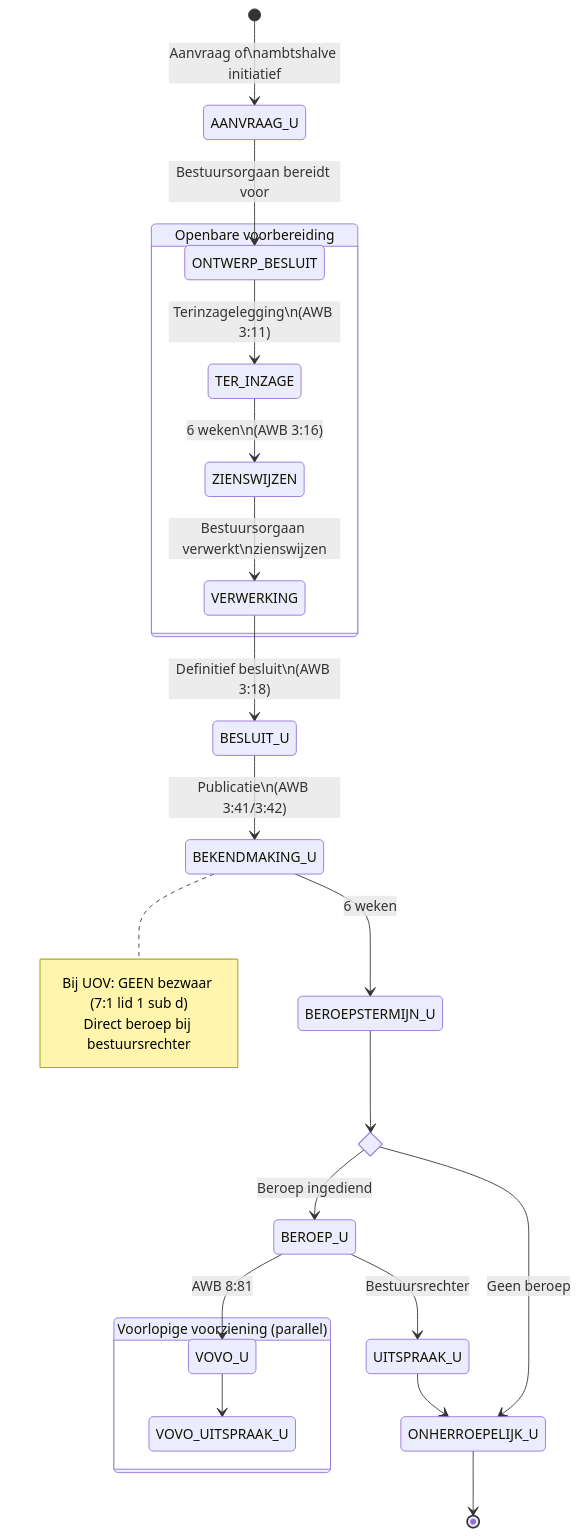
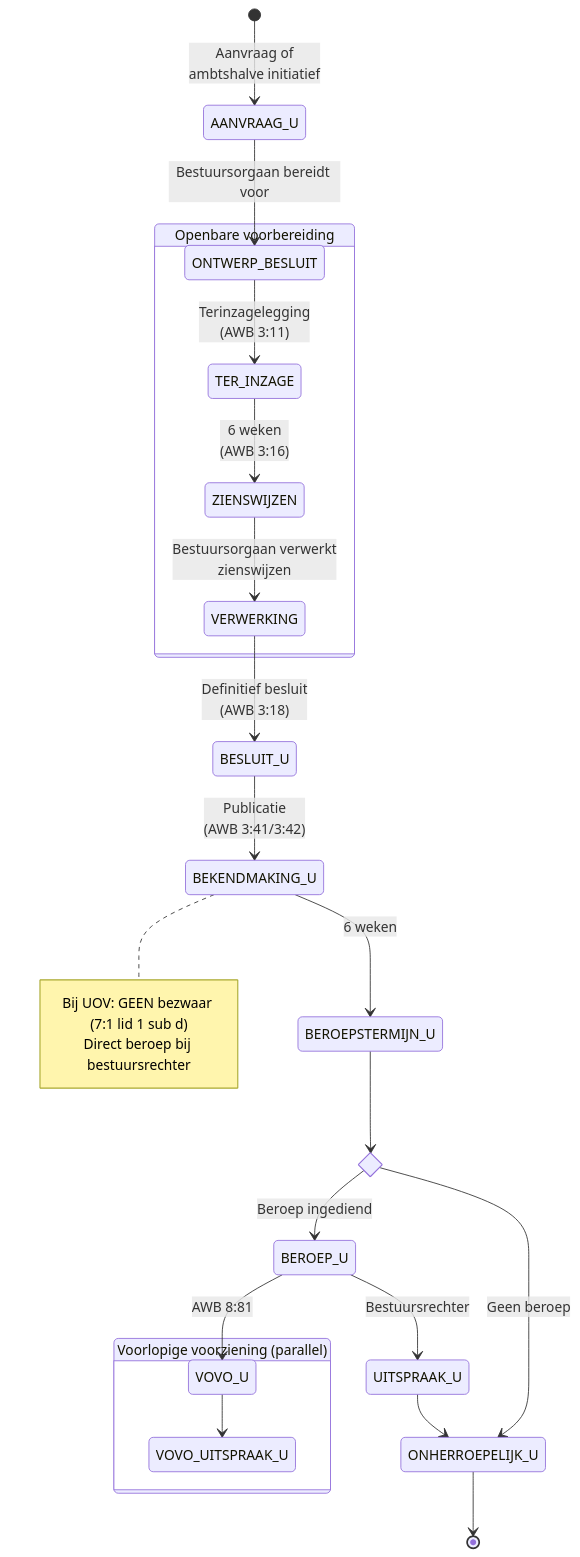
The fourth of 5 diagrams in docs/src/content/rfcs/rfc-008.md (MinBZK/regelrecht), drawn with Mermaid before and after one commit. The commit also changed other lines of this file and 15 other files, not shown here.

First line of the commit message:
feat(docs): a11y-hardening — gate over alle pagina's, axe, mermaid- en contrastfixes

````diff
--- a/docs/src/content/rfcs/rfc-008.md
+++ b/docs/src/content/rfcs/rfc-008.md
@@ -711,38 +711,38 @@
 ```mermaid
 stateDiagram-v2
-    [*] --> AANVRAAG_U: Aanvraag of\nambtshalve initiatief
+    [*] --> AANVRAAG_U: Aanvraag of<br/>ambtshalve initiatief
 
     AANVRAAG_U --> ONTWERP_BESLUIT: Bestuursorgaan bereidt voor
 
     state "Openbare voorbereiding" as uov {
-        ONTWERP_BESLUIT --> TER_INZAGE: Terinzagelegging\n(AWB 3:11)
-        TER_INZAGE --> ZIENSWIJZEN: 6 weken\n(AWB 3:16)
-        ZIENSWIJZEN --> VERWERKING: Bestuursorgaan verwerkt\nzienswijzen
+        ONTWERP_BESLUIT --> TER_INZAGE: Terinzagelegging<br/>(AWB 3:11)
+        TER_INZAGE --> ZIENSWIJZEN: 6 weken<br/>(AWB 3:16)
+        ZIENSWIJZEN --> VERWERKING: Bestuursorgaan verwerkt<br/>zienswijzen
     }
 
-    VERWERKING --> BESLUIT_U: Definitief besluit\n(AWB 3:18)
-    BESLUIT_U --> BEKENDMAKING_U: Publicatie\n(AWB 3:41/3:42)
+    VERWERKING --> BESLUIT_U: Definitief besluit<br/>(AWB 3:18)
+    BESLUIT_U --> BEKENDMAKING_U: Publicatie<br/>(AWB 3:41/3:42)
 
     note right of BEKENDMAKING_U
         Bij UOV: GEEN bezwaar (7:1 lid 1 sub d)
         Direct beroep bij bestuursrechter
     end note
 
     BEKENDMAKING_U --> BEROEPSTERMIJN_U: 6 weken
 
     state beroep_u <<choice>>
     BEROEPSTERMIJN_U --> beroep_u
     beroep_u --> BEROEP_U: Beroep ingediend
     beroep_u --> ONHERROEPELIJK_U: Geen beroep
 
     BEROEP_U --> UITSPRAAK_U: Bestuursrechter
 
     state "Voorlopige voorziening (parallel)" as vovo_u {
         VOVO_U --> VOVO_UITSPRAAK_U
     }
 
     BEROEP_U --> VOVO_U: AWB 8:81
 
     UITSPRAAK_U --> ONHERROEPELIJK_U
     ONHERROEPELIJK_U --> [*]
 ```
````
